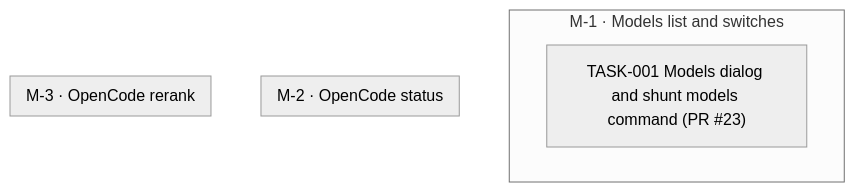
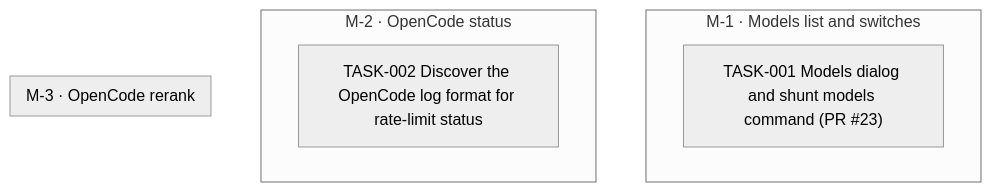
The diagram in goals/model-filter/README.md (jesusvillota/shunt), drawn with Mermaid (neutral theme) before and after one commit. The commit also changed 1 other file, not shown here.

Commit message:
goal(model-filter): add TASK-002 Discover the OpenCode log format for rate-limit status

````diff
--- a/goals/model-filter/README.md
+++ b/goals/model-filter/README.md
@@ -47,13 +47,14 @@
 ```mermaid
 flowchart TD
   subgraph M_1["M-1 · Models list and switches"]
     TASK_001["TASK-001 Models dialog and shunt models command (PR #23)"]
   end
   subgraph M_2["M-2 · OpenCode status"]
+    TASK_002["TASK-002 Discover the OpenCode log format for rate-limit status"]
   end
   subgraph M_3["M-3 · OpenCode rerank"]
   end
   classDef draft stroke-dasharray: 4 3
   classDef cancelled opacity:0.45
   classDef decision fill:#f3e8ff,stroke:#7c3aed
 ```
````
